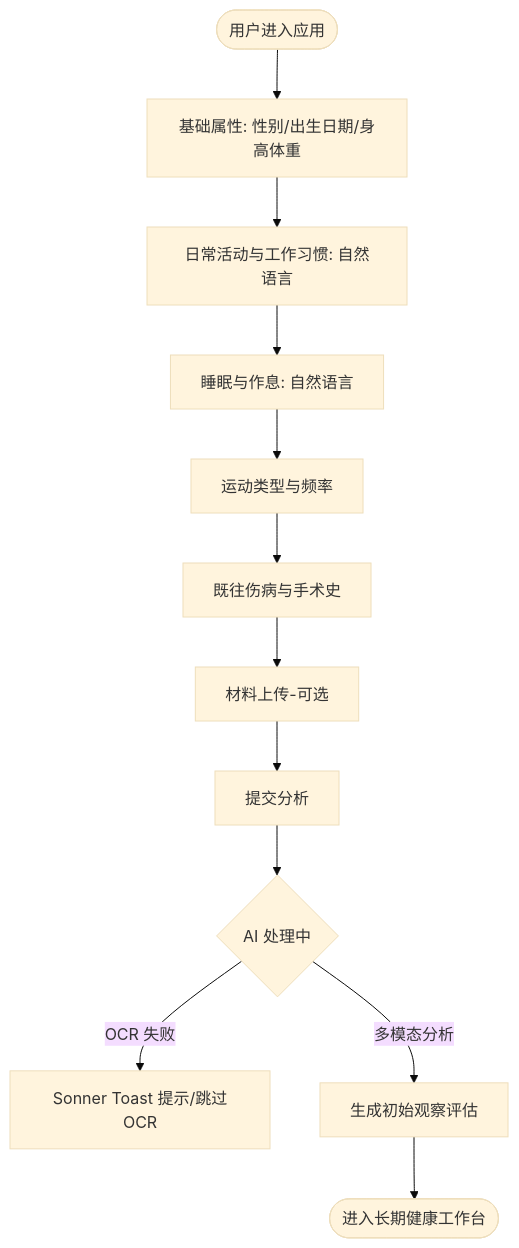
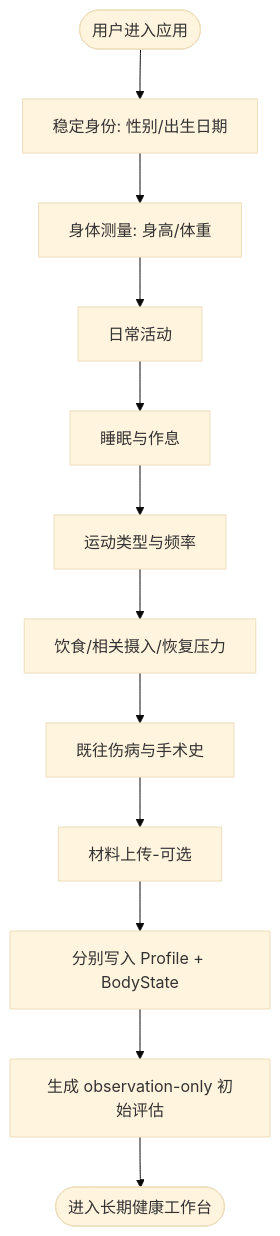
Before and after one commit to BakerSean168/BodySense: the diagram in docs/feature_spec_onboarding_assessment.md, drawn with Mermaid (base theme). The commit also changed other lines of this file and 86 other files, not shown here.

````diff
--- a/docs/feature_spec_onboarding_assessment.md
+++ b/docs/feature_spec_onboarding_assessment.md
@@ -13,14 +22,14 @@
 ```mermaid
 graph TD
-    Start([用户进入应用]) --> Basic[基础属性: 性别/出生日期/身高体重]
-    Basic --> Activity[日常活动与工作习惯: 自然语言]
-    Activity --> Sleep[睡眠与作息: 自然语言]
+    Start([用户进入应用]) --> Identity[稳定身份: 性别/出生日期]
+    Identity --> Metrics[身体测量: 身高/体重]
+    Metrics --> Activity[日常活动]
+    Activity --> Sleep[睡眠与作息]
     Sleep --> Exercise[运动类型与频率]
-    Exercise --> History[既往伤病与手术史]
+    Exercise --> MoreLifestyle[饮食/相关摄入/恢复压力]
+    MoreLifestyle --> History[既往伤病与手术史]
     History --> Upload[材料上传-可选]
-    Upload --> Submit[提交分析]
-    Submit --> Loading{AI 处理中}
-    Loading -- OCR 失败 --> Toast[Sonner Toast 提示/跳过OCR]
-    Loading -- 多模态分析 --> Report[生成初始观察评估]
-    Report --> End([进入长期健康工作台])
+    Upload --> Persist[分别写入 Profile + BodyState]
+    Persist --> Assessment[生成 observation-only 初始评估]
+    Assessment --> End([进入长期健康工作台])
 ```
````
